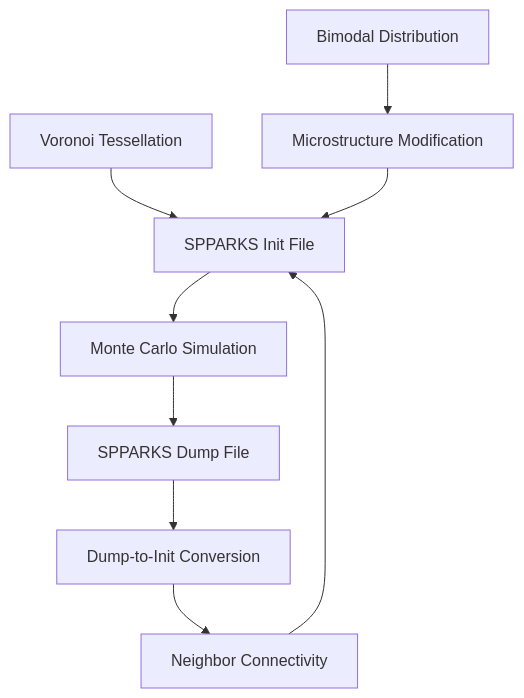
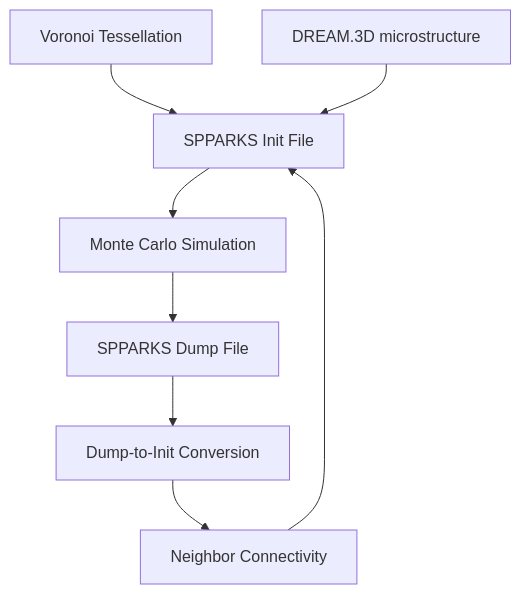
The diagram in examples/dump_to_init/README.md (Linwitness/VECTOR), drawn with Mermaid before and after one commit.

````diff
--- a/examples/dump_to_init/README.md
+++ b/examples/dump_to_init/README.md
@@ -23,12 +23,11 @@
 ```mermaid
 graph TD
     A[Voronoi Tessellation] --> B[SPPARKS Init File]
     B --> C[Monte Carlo Simulation]
     C --> D[SPPARKS Dump File]
     D --> E[Dump-to-Init Conversion]
     E --> F[Neighbor Connectivity]
     F --> B
     
-    H[Microstructure Modification] --> B
-    I[Bimodal Distribution] --> H
+    H[DREAM.3D microstructure] --> B
 ```
````
